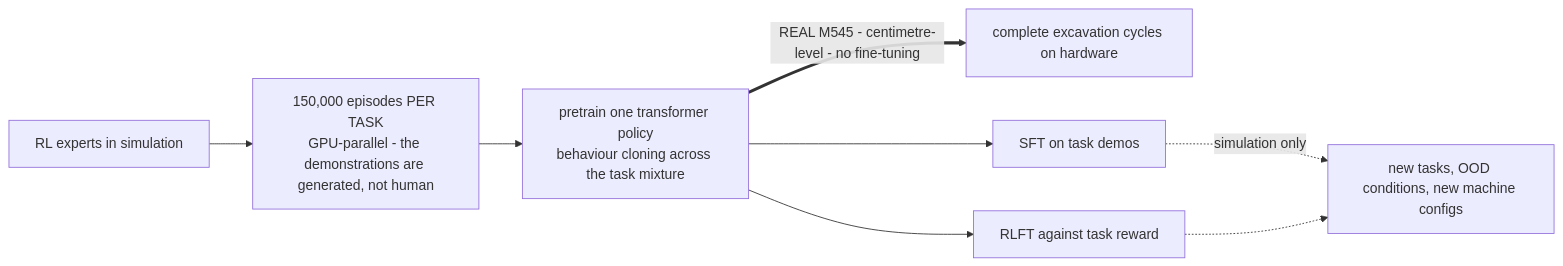
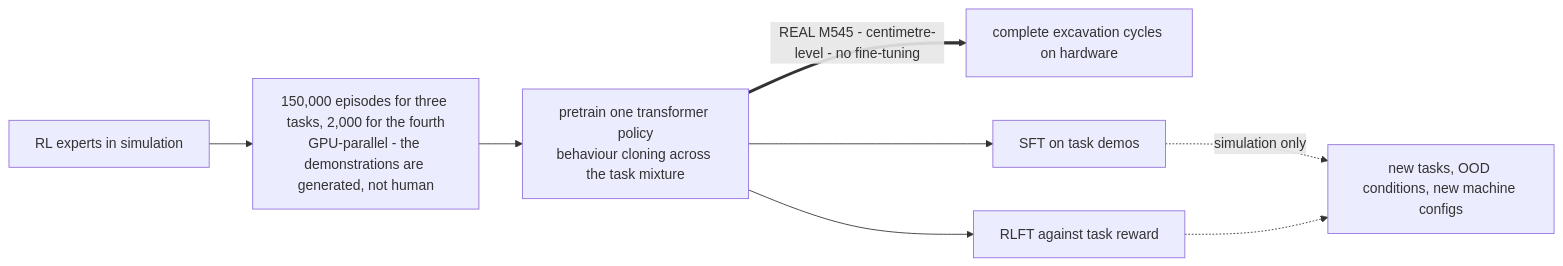
One commit to jiseop-byeon/phd-wiki changed the first of 2 diagrams in content/01-canonical-papers/notes/8-construction/ext.md. Above: the diagram before and after it, drawn with Mermaid. The commit also changed other lines of this file and 22 other files, not shown here.

````diff
--- a/content/01-canonical-papers/notes/8-construction/ext.md
+++ b/content/01-canonical-papers/notes/8-construction/ext.md
@@ -70,10 +71,10 @@
 ```mermaid
 flowchart LR
-    RL["RL experts in simulation"] --> D["150,000 episodes PER TASK<br/>GPU-parallel - the demonstrations are generated, not human"]
+    RL["RL experts in simulation"] --> D["150,000 episodes for three tasks, 2,000 for the fourth<br/>GPU-parallel - the demonstrations are generated, not human"]
     D --> PT["pretrain one transformer policy<br/>behaviour cloning across the task mixture"]
     PT ==>|"REAL M545 - centimetre-level - no fine-tuning"| REAL["complete excavation cycles on hardware"]
     PT --> SFT["SFT on task demos"]
     PT --> RLFT["RLFT against task reward"]
     SFT -.->|"simulation only"| SIM["new tasks, OOD conditions, new machine configs"]
     RLFT -.-> SIM
 ```
````
